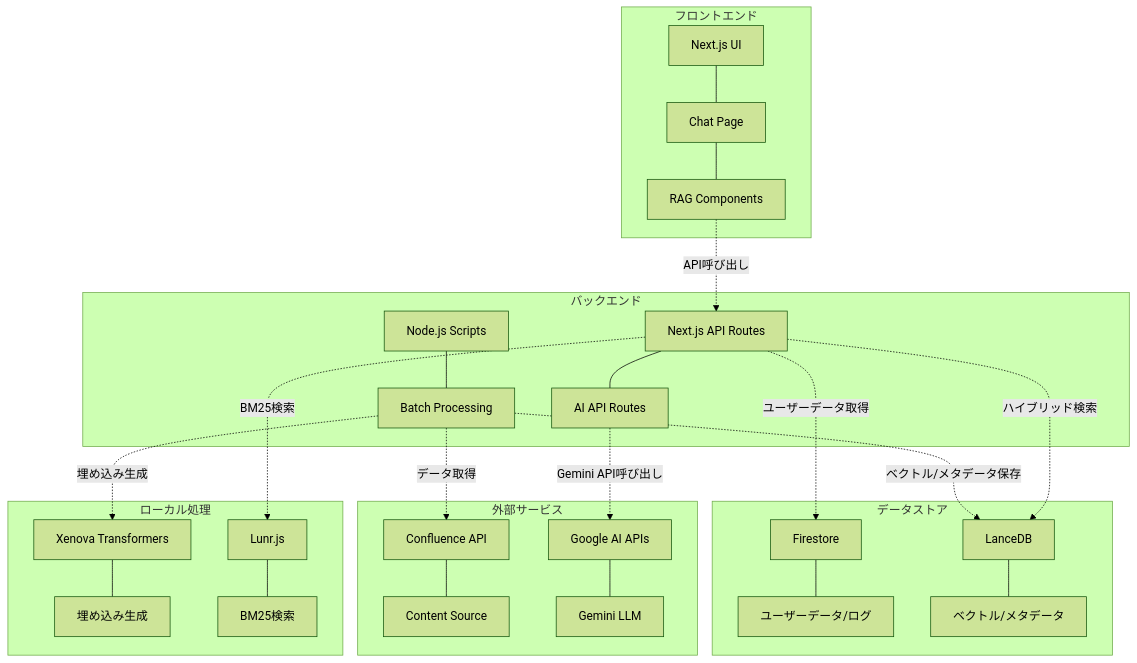
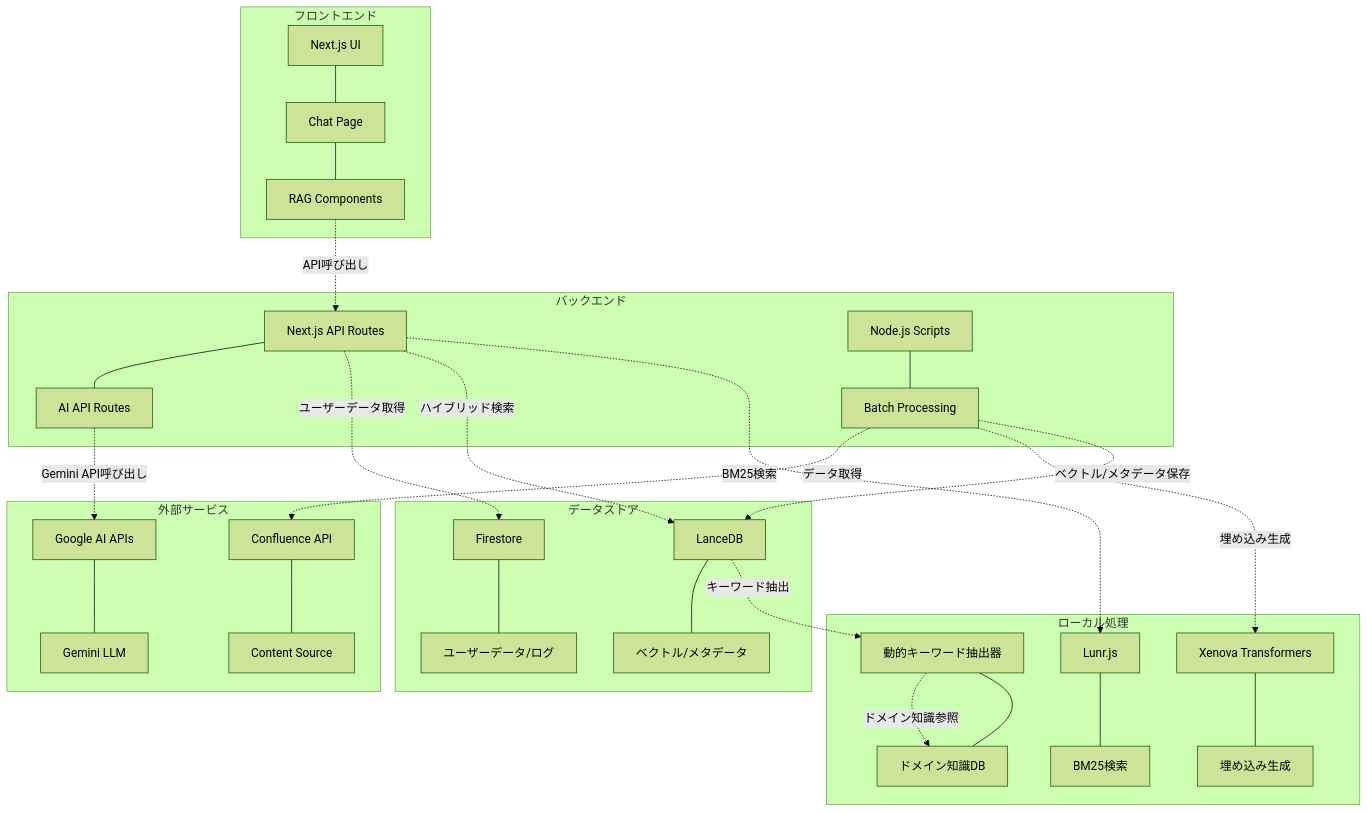
Before and after one commit to gucchon001/Confluence_firebase: the first of 3 diagrams in docs/data-flow-diagram-lancedb.md, drawn with Mermaid (forest theme). The commit also changed other lines of this file and 14 other files, not shown here.

````diff
--- a/docs/data-flow-diagram-lancedb.md
+++ b/docs/data-flow-diagram-lancedb.md
@@ -14,37 +16,40 @@
 ```mermaid
 graph TB
     subgraph "フロントエンド"
         A[Next.js UI] --- B[Chat Page]
         B --- C[RAG Components]
     end
     
     subgraph "バックエンド"
         D[Next.js API Routes] --- E[AI API Routes]
         F[Node.js Scripts] --- G[Batch Processing]
     end
     
     subgraph "データストア"
         H[Firestore] --- I[ユーザーデータ/ログ]
         L[LanceDB] --- M[ベクトル/メタデータ]
     end
     
     subgraph "外部サービス"
         N[Confluence API] --- O[Content Source]
         P[Google AI APIs] --- R[Gemini LLM]
     end
     
     subgraph "ローカル処理"
         S[Xenova Transformers] --- T[埋め込み生成]
         N2[Lunr.js] --- N3[BM25検索]
+        U[ドメイン知識DB] --- V[動的キーワード抽出器]
     end
     
     %% コンポーネント間の関係
     C -.-> |"API呼び出し"| D
     E -.-> |"Gemini API呼び出し"| P
     G -.-> |"データ取得"| N
     G -.-> |"埋め込み生成"| S
     G -.-> |"ベクトル/メタデータ保存"| L
     D -.-> |"ユーザーデータ取得"| H
     D -.-> |"ハイブリッド検索"| L
     D -.-> |"BM25検索"| N2["Lunr.js"]
+    L -.-> |"キーワード抽出"| V
+    V -.-> |"ドメイン知識参照"| U
 ```
````
